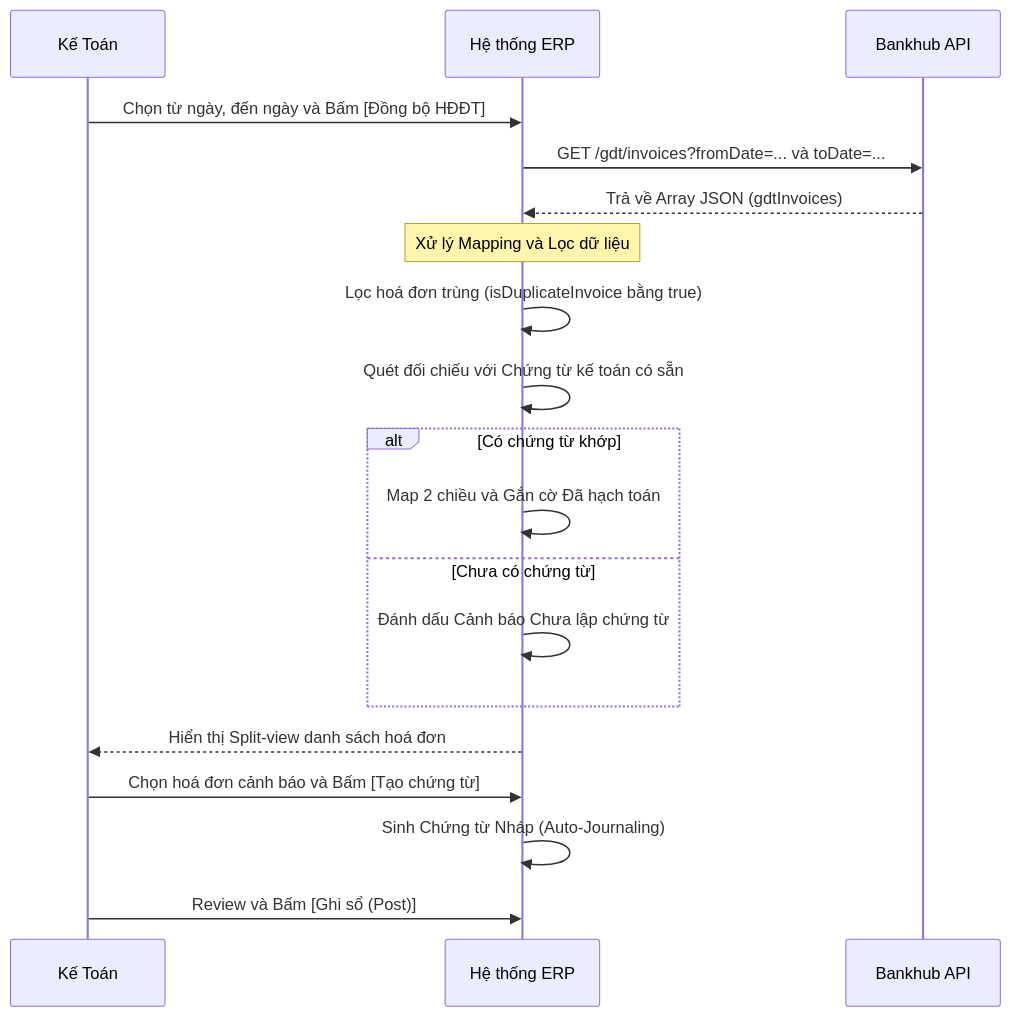
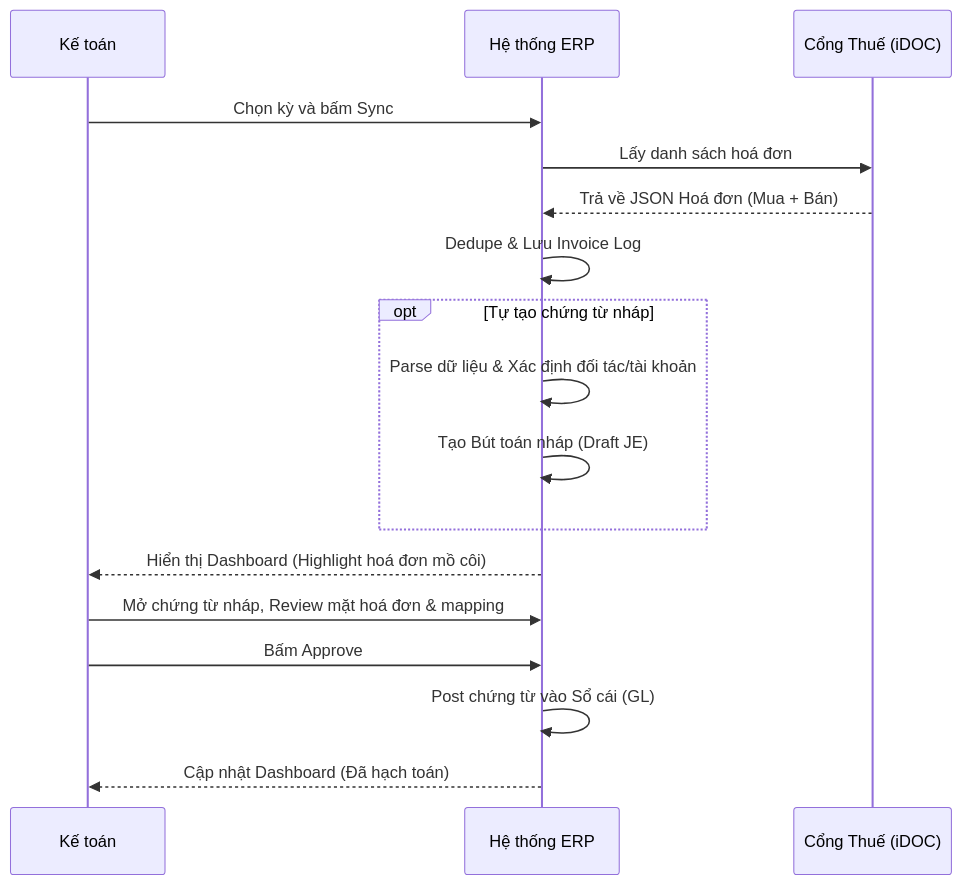
Before and after one commit to binhminhsai/antiagent: the diagram in cassoagent/x-doo+/FRS_F2_Keo_HDDT.md, drawn with Mermaid. The commit also changed other lines of this file and 13 other files, not shown here.

````diff
--- a/cassoagent/x-doo+/FRS_F2_Keo_HDDT.md
+++ b/cassoagent/x-doo+/FRS_F2_Keo_HDDT.md
@@ -94,25 +99,24 @@
 ```mermaid
 sequenceDiagram
-    participant KT as Kế Toán
+    participant KT as Kế toán
     participant ERP as Hệ thống ERP
-    participant API as Bankhub API
+    participant API as Cổng Thuế (iDOC)
 
-    KT->>ERP: Chọn từ ngày, đến ngày và Bấm [Đồng bộ HĐĐT]
-    ERP->>API: GET /gdt/invoices?fromDate=... và toDate=...
-    API-->>ERP: Trả về Array JSON (gdtInvoices)
+    KT->>ERP: Chọn kỳ và bấm Sync
+    ERP->>API: Lấy danh sách hoá đơn
+    API-->>ERP: Trả về JSON Hoá đơn (Mua + Bán)
     
-    Note over ERP: Xử lý Mapping và Lọc dữ liệu
-    ERP->>ERP: Lọc hoá đơn trùng (isDuplicateInvoice bằng true)
-    ERP->>ERP: Quét đối chiếu với Chứng từ kế toán có sẵn
+    ERP->>ERP: Dedupe & Lưu Invoice Log
     
-    alt Có chứng từ khớp
-        ERP->>ERP: Map 2 chiều và Gắn cờ Đã hạch toán
-    else Chưa có chứng từ
-        ERP->>ERP: Đánh dấu Cảnh báo Chưa lập chứng từ
+    opt Tự tạo chứng từ nháp
+        ERP->>ERP: Parse dữ liệu & Xác định đối tác/tài khoản
+        ERP->>ERP: Tạo Bút toán nháp (Draft JE)
     end
-
-    ERP-->>KT: Hiển thị Split-view danh sách hoá đơn
-    KT->>ERP: Chọn hoá đơn cảnh báo và Bấm [Tạo chứng từ]
-    ERP->>ERP: Sinh Chứng từ Nháp (Auto-Journaling)
-    KT->>ERP: Review và Bấm [Ghi sổ (Post)]
+    
+    ERP-->>KT: Hiển thị Dashboard (Highlight hoá đơn mồ côi)
+    
+    KT->>ERP: Mở chứng từ nháp, Review mặt hoá đơn & mapping
+    KT->>ERP: Bấm Approve
+    ERP->>ERP: Post chứng từ vào Sổ cái (GL)
+    ERP-->>KT: Cập nhật Dashboard (Đã hạch toán)
 ```
````
